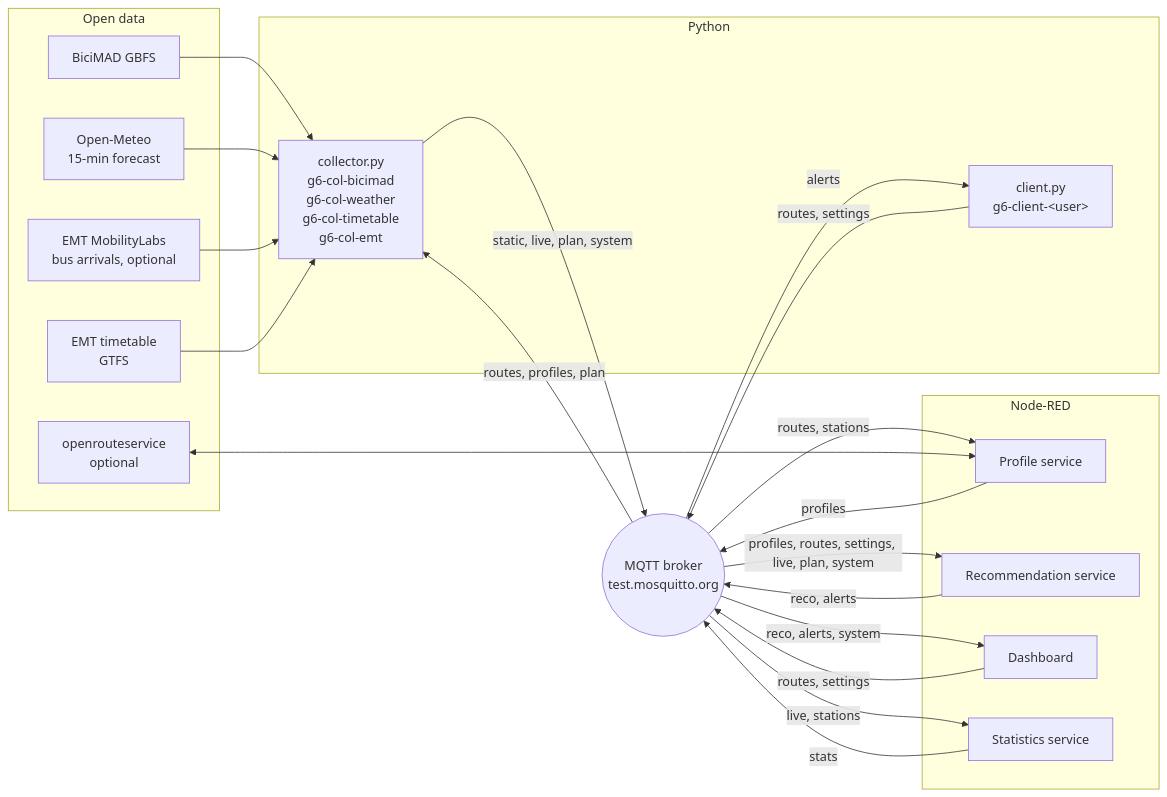
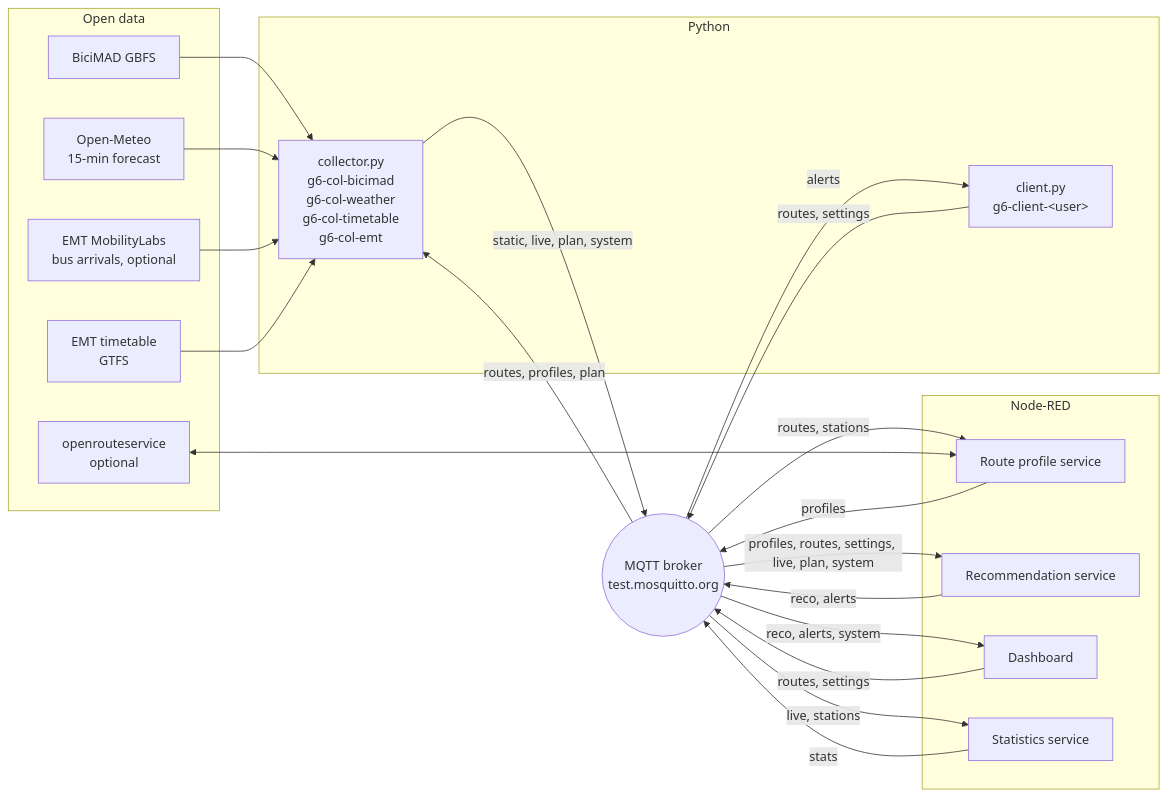
The diagram in README.md (gabninos/madrid-move), drawn with Mermaid before and after one commit. The commit also changed other lines of this file and 1 other file, not shown here.

First line of the commit message:
Rename "Profile service" to "Route profile service" (topic stays profiles/)

````diff
--- a/README.md
+++ b/README.md
@@ -17,39 +17,39 @@
 ```mermaid
 flowchart LR
   subgraph APIs["Open data"]
     GBFS[BiciMAD GBFS]
     OM[Open-Meteo<br/>15-min forecast]
     ORS[openrouteservice<br/>optional]
     EMT[EMT MobilityLabs<br/>bus arrivals, optional]
     GTFS[EMT timetable<br/>GTFS]
   end
   subgraph PY["Python"]
     COL[collector.py<br/>g6-col-bicimad<br/>g6-col-weather<br/>g6-col-timetable<br/>g6-col-emt]
     CLI[client.py<br/>g6-client-&lt;user&gt;]
   end
   subgraph NR["Node-RED"]
-    PD[Profile service]
+    PD[Route profile service]
     RE[Recommendation service]
     DB[Dashboard]
     STA[Statistics service]
   end
   BR((MQTT broker<br/>test.mosquitto.org))
 
   GBFS --> COL
   OM --> COL
   EMT --> COL
   GTFS --> COL
   COL -- static, live, plan, system --> BR
   BR -- routes, profiles, plan --> COL
   CLI -- routes, settings --> BR
   BR -- alerts --> CLI
   BR -- routes, stations --> PD
   ORS <--> PD
   PD -- profiles --> BR
   BR -- profiles, routes, settings, live, plan, system --> RE
   RE -- reco, alerts --> BR
   BR -- reco, alerts, system --> DB
   DB -- routes, settings --> BR
   BR -- live, stations --> STA
   STA -- stats --> BR
 ```
````
